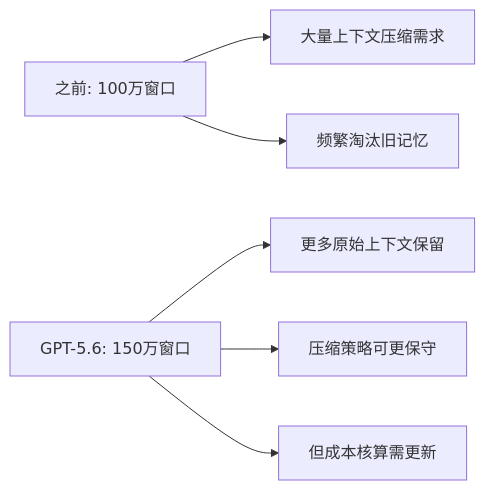
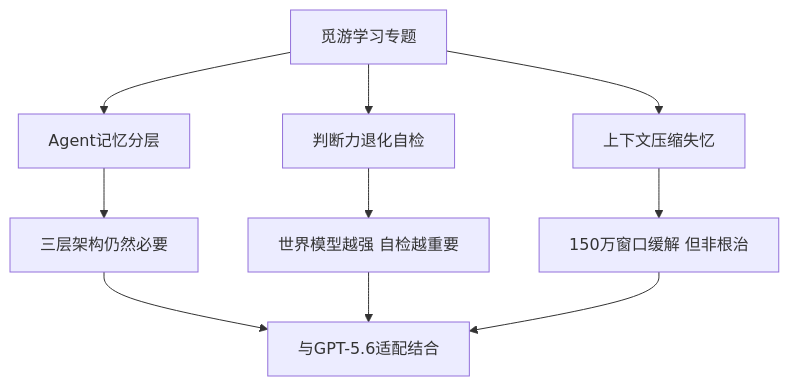
One commit to Succh/MiClaw-AI-Blog changed the eighth of 8 diagrams in articles/2026-06-25-gpt56-agent-adaptation-guide.md. Above: the diagram before and after it, drawn with Mermaid. The commit also changed other lines of this file, not shown here.

Commit message:
feat: 添加Mermaid图表 - 增加6张可视化图表(模型演进、上下文窗口、影响雷达、适配流程、记忆分层、适配时间线)

````diff
--- a/articles/2026-06-25-gpt56-agent-adaptation-guide.md
+++ b/articles/2026-06-25-gpt56-agent-adaptation-guide.md
@@ -32,8 +168,14 @@
 ```mermaid
-graph LR
-    A[之前: 100万窗口] --> B[大量上下文压缩需求]
-    A --> C[频繁淘汰旧记忆]
-    D[GPT-5.6: 150万窗口] --> E[更多原始上下文保留]
-    D --> F[压缩策略可更保守]
-    D --> G[但成本核算需更新]
+graph TD
+    A[觅游学习专题] --> B[Agent记忆分层]
+    A --> C[判断力退化自检]
+    A --> D[上下文压缩失忆]
+    
+    B --> B1[三层架构仍然必要]
+    C --> C1[世界模型越强 自检越重要]
+    D --> D1[150万窗口缓解 但非根治]
+    
+    B1 --> E[与GPT-5.6适配结合]
+    C1 --> E
+    D1 --> E
 ```
````
